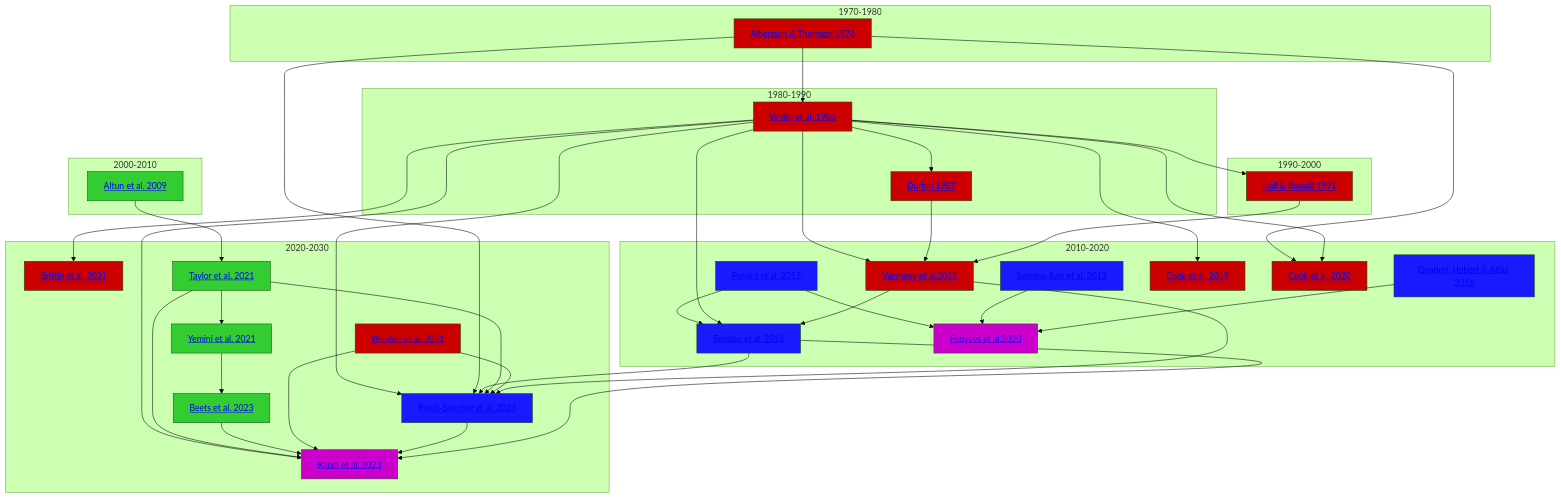
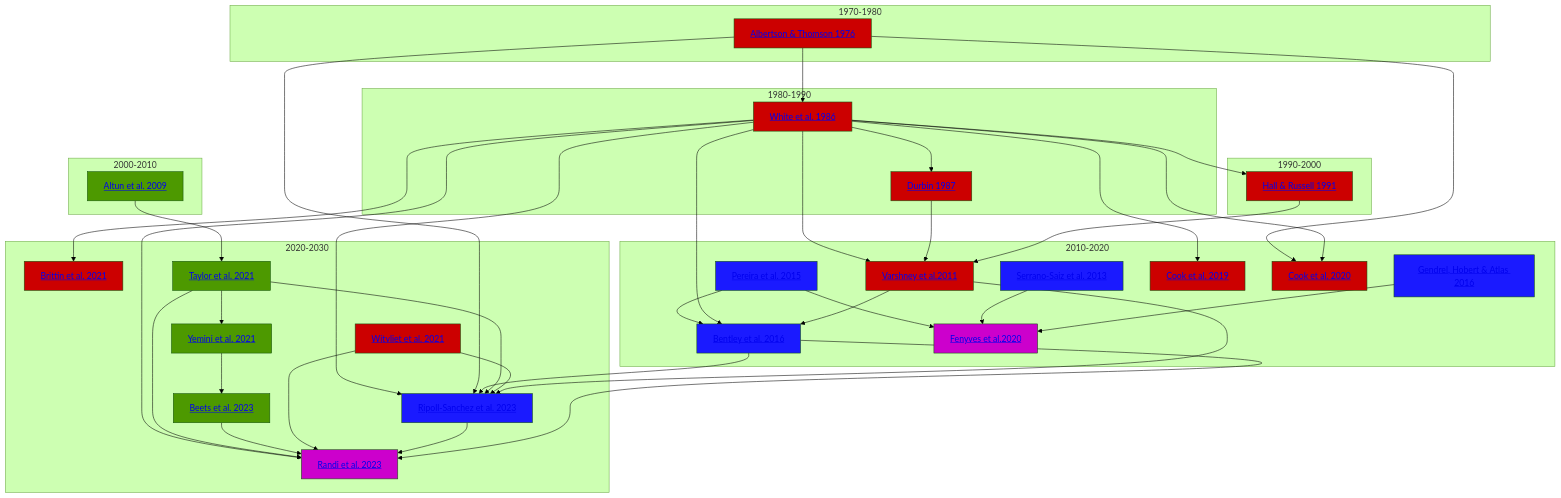
One commit to yasinthanvickneswaran/mermaidtest changed the diagram in Timeline.md. Above: the diagram before and after it, drawn with Mermaid (forest theme).

````diff
--- a/Timeline.md
+++ b/Timeline.md
@@ -1,67 +1,67 @@
 ```mermaid
 flowchart TD
     classDef anat fill:#cc0000
-    classDef gene fill:#33cc33
+    classDef gene fill:#4d9900
     classDef es fill:#1a1aff
     classDef func fill:#cc00cc
 
 
     subgraph 1970-1980
     A1[<a href='https://github.com/yasinthanvickneswaran/ConnectomeToolbox/blob/main/docs/Albertson_Thompson_1976.md' >Albertson & Thomson 1976</a>]:::anat
     end
     subgraph 1980-1990
     A[<a href='https://github.com/yasinthanvickneswaran/ConnectomeToolbox/blob/main/docs/White_1986.md' >White et al. 1986</a>]:::anat & B[<a href='https://github.com/yasinthanvickneswaran/ConnectomeToolbox/blob/main/docs/Durbin_1987.md' >Durbin 1987</a>]:::anat
     end
 
     subgraph 1990-2000
     A2[<a href='https://github.com/yasinthanvickneswaran/ConnectomeToolbox/blob/main/docs/Hall_1991.md' >Hall & Russell 1991</a>]:::anat
     end
 
     subgraph 2000-2010
     C[<a href='https://github.com/yasinthanvickneswaran/ConnectomeToolbox/blob/main/docs/Altun_2009.md' >Altun et al. 2009</a>]:::gene 
     end
 
     subgraph 2010-2020
     D[<a href='https://github.com/yasinthanvickneswaran/ConnectomeToolbox/blob/main/docs/Varshney_2011.md' >Varshney et al.2011</a>]:::anat & E[<a href='https://github.com/yasinthanvickneswaran/ConnectomeToolbox/blob/main/docs/Pereira_2015.md' >Pereira et al. 2015</a>]:::es & E1[<a href='https://github.com/yasinthanvickneswaran/ConnectomeToolbox/blob/main/docs/Serrano_2013.md' >Serrano-Saiz et al. 2013</a>]:::es  & E2[<a href='https://github.com/yasinthanvickneswaran/ConnectomeToolbox/blob/main/docs/Gendrel_2016.md' >Gendrel, Hobert & Atlas 2016</a>]:::es & F[<a href='https://github.com/yasinthanvickneswaran/ConnectomeToolbox/blob/main/docs/Bentley_2016.md' >Bentley et al. 2016 </a>]:::es & G[<a href='https://github.com/yasinthanvickneswaran/ConnectomeToolbox/blob/main/docs/Cook_2019.md' >Cook et al. 2019</a>]:::anat & H[<a href='https://github.com/yasinthanvickneswaran/ConnectomeToolbox/blob/main/docs/Fenyves_2020.md' >Fenyves et al.2020</a>]:::func & I[<a href='https://github.com/yasinthanvickneswaran/ConnectomeToolbox/blob/main/docs/Cook_2020.md' >Cook et al. 2020</a>]:::anat
     end
 
     subgraph 2020-2030
     J[<a href='https://github.com/yasinthanvickneswaran/ConnectomeToolbox/blob/main/docs/Brittin_2021.md' >Brittin et al. 2021</a>]:::anat & K[<a href='https://github.com/yasinthanvickneswaran/ConnectomeToolbox/blob/main/docs/Witvliet_2021.md' >Witvliet et al. 2021</a>]:::anat & L[<a href='https://github.com/yasinthanvickneswaran/ConnectomeToolbox/blob/main/docs/Taylor_2021.md' >Taylor et al. 2021</a>]:::gene & M[<a href='https://github.com/yasinthanvickneswaran/ConnectomeToolbox/blob/main/docs/Yemini_2021.md' >Yemini et al. 2021</a>]:::gene & N[<a href='https://github.com/yasinthanvickneswaran/ConnectomeToolbox/blob/main/docs/Beets_2023.md' >Beets et al. 2023</a>]:::gene & P[<a href='https://github.com/yasinthanvickneswaran/ConnectomeToolbox/blob/main/docs/Randi_2023.md' >Randi et al. 2023</a>]:::func & NP[<a href='https://github.com/yasinthanvickneswaran/ConnectomeToolbox/blob/main/docs/Ripoll_2023.md' >Ripoll-Sanchez et al. 2023</a>]:::es
     end     
 
 
     E --> H
     E1 --> H
     E2 --> H
     E --> F
     C --> L
     L --> M
     M --> N
     A --> B
     A1 --> A
     A1 --> I
     A  --> A2
     A --> D
     B --> D
     A2 --> D
     A --> G
     A --> I
     A --> J
     A --> F
     D --> F
     A --> NP
     A1 --> NP
     F --> NP
     L --> NP
     K --> NP
     D --> NP
     A --> P
     L --> P
     N --> P
     K --> P
     NP --> P
     F --> P
 
     
     
 ```
````
